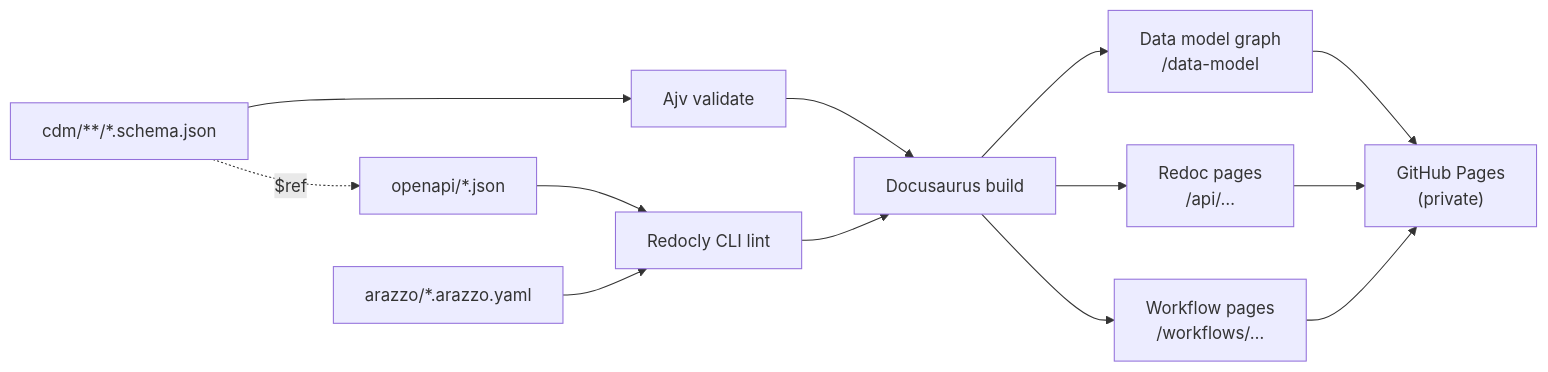
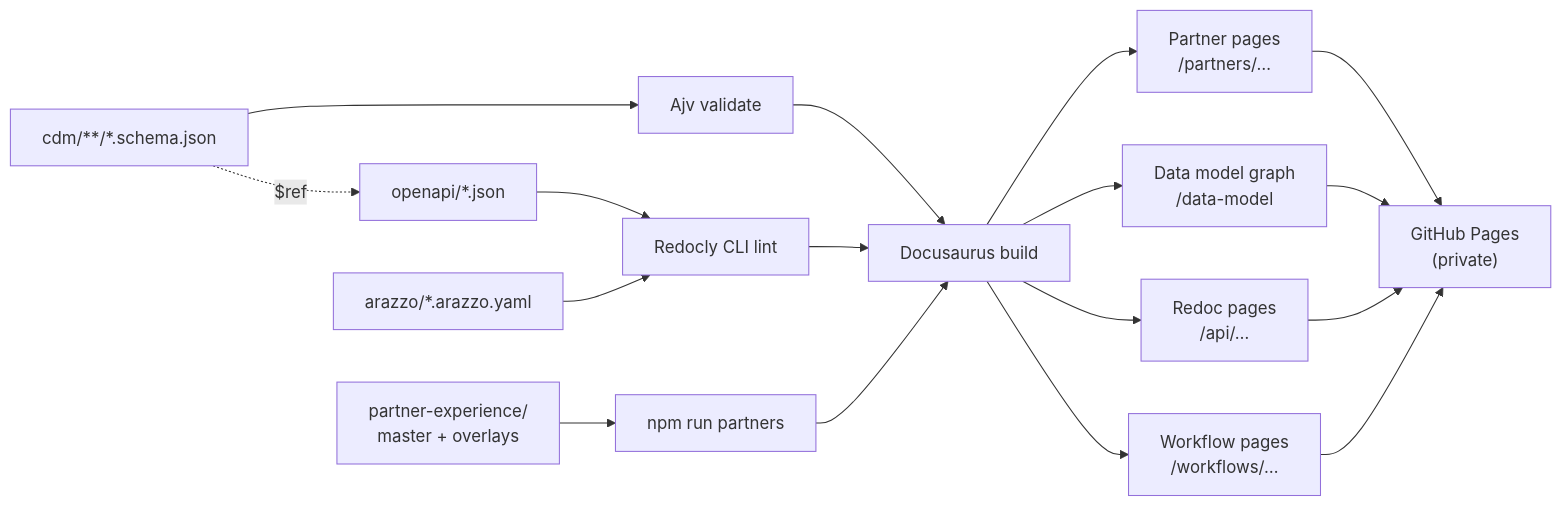
Before and after one commit to amjadleghari/project-atlas: the diagram in docs/index.md, drawn with Mermaid. The commit also changed other lines of this file and 50 other files, not shown here.

````diff
--- a/docs/index.md
+++ b/docs/index.md
@@ -23,15 +27,19 @@
 ```mermaid
 flowchart LR
   C["cdm/**/*.schema.json"] --> V["Ajv validate"]
   C -. "$ref" .-> A
   A["openapi/*.json"] --> L["Redocly CLI lint"]
   V --> D
   B["arazzo/*.arazzo.yaml"] --> L
   L --> D["Docusaurus build"]
   D --> R["Redoc pages<br/>/api/…"]
   D --> W["Workflow pages<br/>/workflows/…"]
   D --> G["Data model graph<br/>/data-model"]
+  O["partner-experience/<br/>master + overlays"] --> PG["npm run partners"]
+  PG --> D
+  D --> PP["Partner pages<br/>/partners/…"]
+  PP --> P
   G --> P
   R --> P["GitHub Pages<br/>(private)"]
   W --> P
 ```
````
